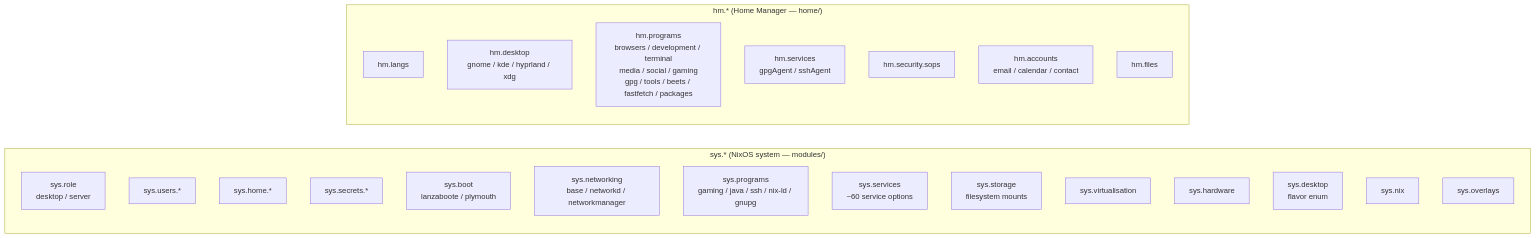
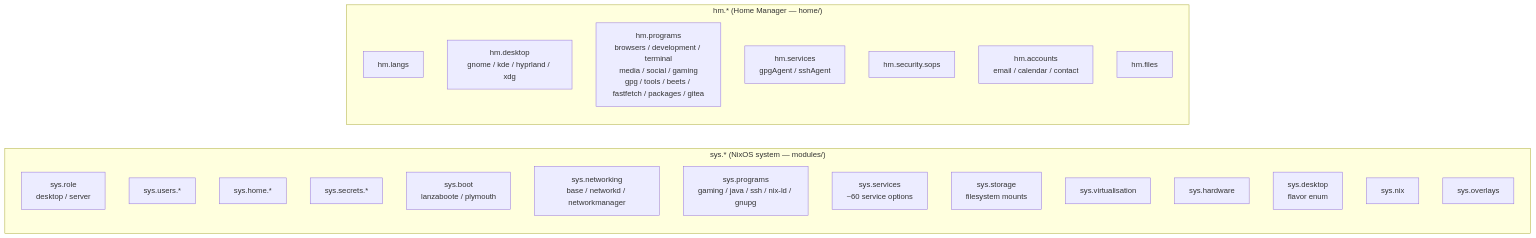
One commit to telometto/nix-config changed the fourth of 10 diagrams in docs/Project_Architecture_Blueprint.md. Above: the diagram before and after it, drawn with Mermaid. The commit also changed other lines of this file, not shown here.

Commit message:
feat(architecture): add Gitea integration details to Home Manager configuration

````diff
--- a/docs/Project_Architecture_Blueprint.md
+++ b/docs/Project_Architecture_Blueprint.md
@@ -187,28 +187,28 @@
 ```mermaid
 flowchart LR
     subgraph "sys.* (NixOS system — modules/)"
         SR[sys.role\ndesktop / server]
         SU[sys.users.*]
         SH[sys.home.*]
         SEC[sys.secrets.*]
         SB[sys.boot\nlanzaboote / plymouth]
         SN[sys.networking\nbase / networkd / networkmanager]
         SP[sys.programs\ngaming / java / ssh / nix-ld / gnupg]
         SS[sys.services\n~60 service options]
         ST[sys.storage\nfilesystem mounts]
         SV[sys.virtualisation]
         SHRD[sys.hardware]
         SD[sys.desktop\nflavor enum]
         SNX[sys.nix]
         SOV[sys.overlays]
     end
     subgraph "hm.* (Home Manager — home/)"
         HL[hm.langs]
         HD[hm.desktop\ngnome / kde / hyprland / xdg]
-        HPR[hm.programs\nbrowsers / development / terminal\nmedia / social / gaming\ngpg / tools / beets / fastfetch / packages]
+        HPR[hm.programs\nbrowsers / development / terminal\nmedia / social / gaming\ngpg / tools / beets / fastfetch / packages / gitea]
         HSV[hm.services\ngpgAgent / sshAgent]
         HSEC[hm.security.sops]
         HA[hm.accounts\nemail / calendar / contact]
         HF[hm.files]
     end
 ```
````
